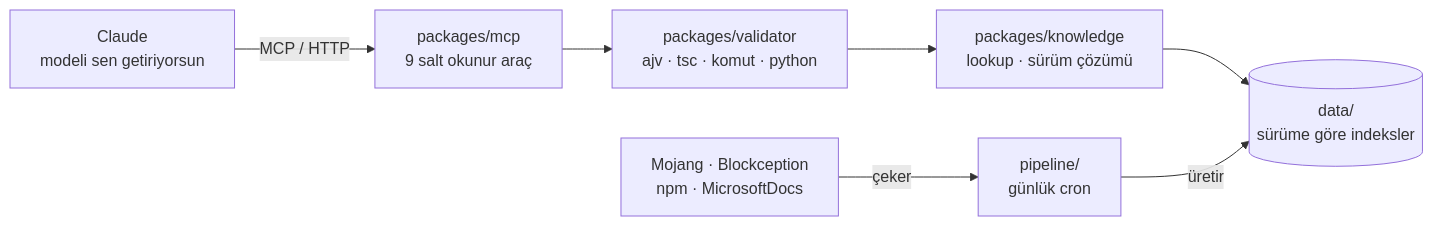
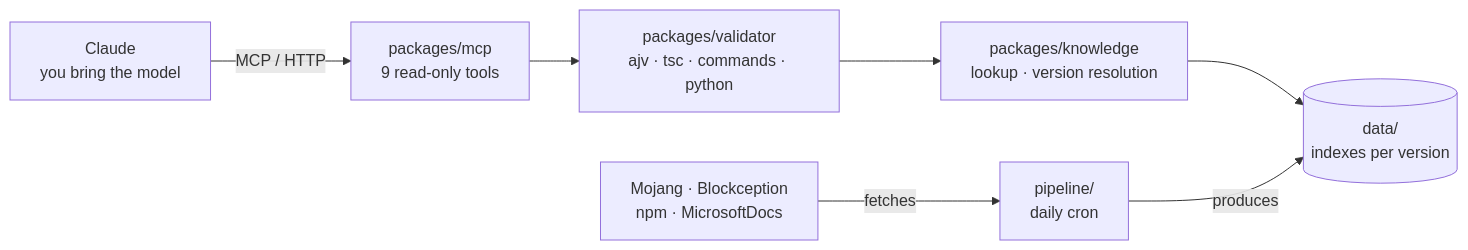
One commit to TanerTalas/codecraft changed the diagram in README.md. Above: the diagram before and after it, drawn with Mermaid. The commit also changed other lines of this file, not shown here.

````diff
--- a/README.md
+++ b/README.md
@@ -138,9 +155,9 @@
 ```mermaid
 flowchart LR
-    C["Claude<br/>modeli sen getiriyorsun"] -->|MCP / HTTP| M["packages/mcp<br/>9 salt okunur araç"]
-    M --> V["packages/validator<br/>ajv · tsc · komut · python"]
-    V --> K["packages/knowledge<br/>lookup · sürüm çözümü"]
-    K --> D[("data/<br/>sürüme göre indeksler")]
-    P["pipeline/<br/>günlük cron"] -->|üretir| D
-    U["Mojang · Blockception<br/>npm · MicrosoftDocs"] -->|çeker| P
+    C["Claude<br/>you bring the model"] -->|MCP / HTTP| M["packages/mcp<br/>9 read-only tools"]
+    M --> V["packages/validator<br/>ajv · tsc · commands · python"]
+    V --> K["packages/knowledge<br/>lookup · version resolution"]
+    K --> D[("data/<br/>indexes per version")]
+    P["pipeline/<br/>daily cron"] -->|produces| D
+    U["Mojang · Blockception<br/>npm · MicrosoftDocs"] -->|fetches| P
 ```
````
